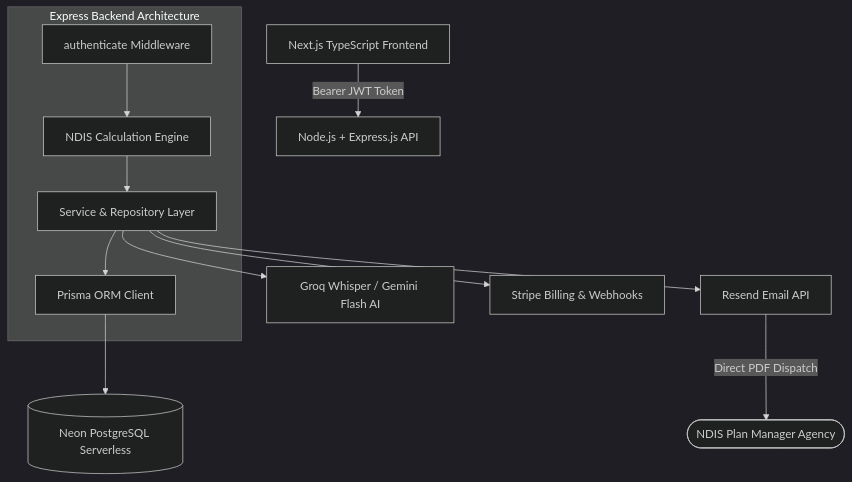
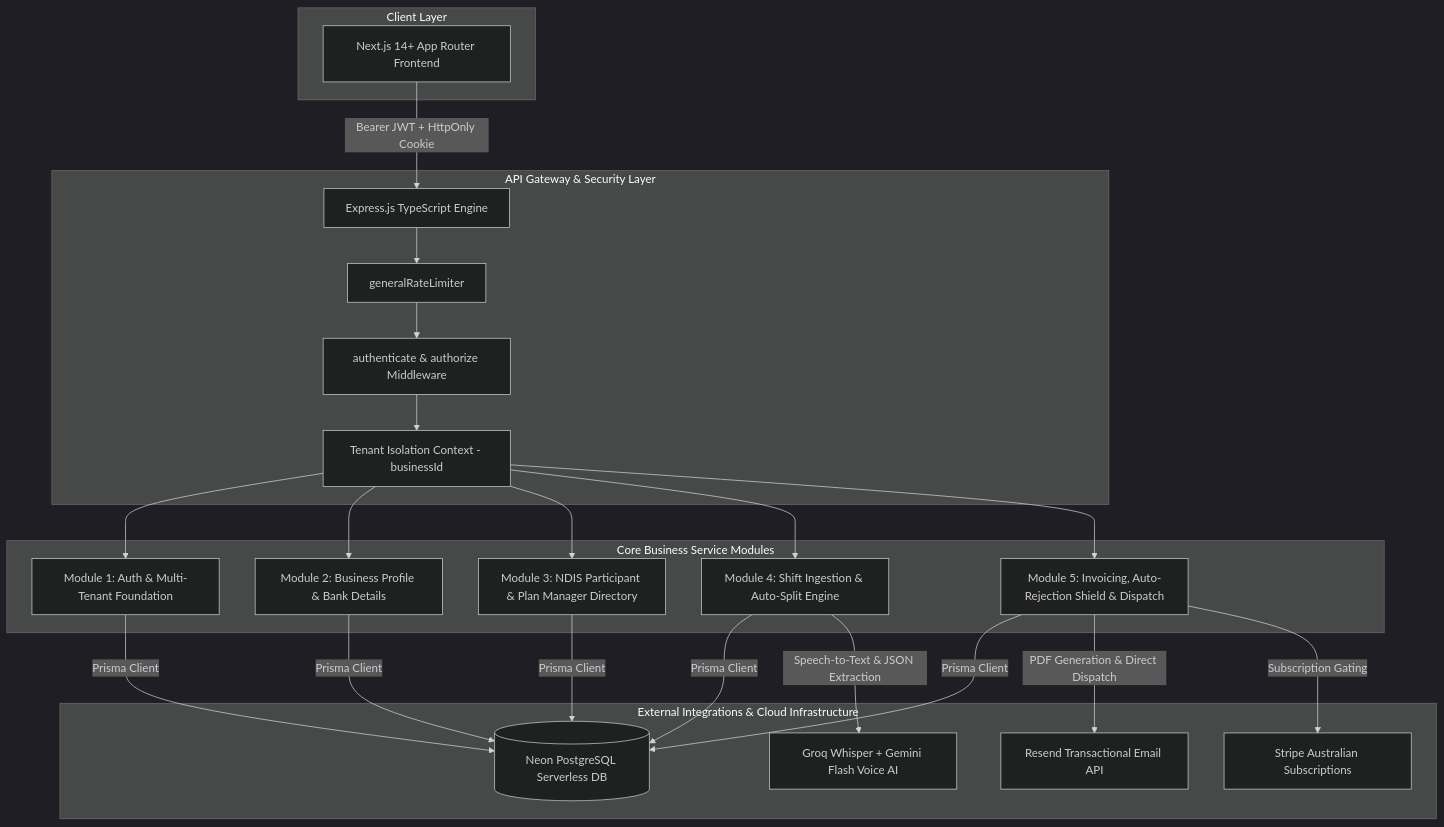
One commit to rayviceteam-art/Rayvice-backend changed the diagram in BACKEND_SPECIFICATION.md. Above: the diagram before and after it, drawn with Mermaid (dark theme). The commit also changed other lines of this file, not shown here.

Commit message:
docs(spec): expand backend specification with comprehensive module blueprints

````diff
--- a/BACKEND_SPECIFICATION.md
+++ b/BACKEND_SPECIFICATION.md
@@ -18,17 +15,39 @@
 ```mermaid
 graph TD
-    ClientApp[Next.js TypeScript Frontend] -->|Bearer JWT Token| ExpressAPI[Node.js + Express.js API]
-    
-    subgraph "Express Backend Architecture"
-        AuthMW[authenticate Middleware] --> RateEngine[NDIS Calculation Engine]
-        RateEngine --> ServiceLayer[Service & Repository Layer]
-        ServiceLayer --> PrismaClient[Prisma ORM Client]
+    subgraph "Client Layer"
+        NextApp[Next.js 14+ App Router Frontend]
     end
 
-    PrismaClient --> NeonDB[(Neon PostgreSQL Serverless)]
-    ServiceLayer --> ResendAPI[Resend Email API]
-    ServiceLayer --> GroqGemini[Groq Whisper / Gemini Flash AI]
-    ServiceLayer --> StripeAPI[Stripe Billing & Webhooks]
-    
-    ResendAPI -->|Direct PDF Dispatch| PlanManager([NDIS Plan Manager Agency])
+    subgraph "API Gateway & Security Layer"
+        ExpressApp[Express.js TypeScript Engine]
+        AuthGuard[authenticate & authorize Middleware]
+        TenantGuard[Tenant Isolation Context - businessId]
+        RateLimiter[generalRateLimiter]
+    end
+
+    subgraph "Core Business Service Modules"
+        Module1[Module 1: Auth & Multi-Tenant Foundation]
+        Module2[Module 2: Business Profile & Bank Details]
+        Module3[Module 3: NDIS Participant & Plan Manager Directory]
+        Module4[Module 4: Shift Ingestion & Auto-Split Engine]
+        Module5[Module 5: Invoicing, Auto-Rejection Shield & Dispatch]
+    end
+
+    subgraph "External Integrations & Cloud Infrastructure"
+        NeonDB[(Neon PostgreSQL Serverless DB)]
+        ResendAPI[Resend Transactional Email API]
+        GroqGemini[Groq Whisper + Gemini Flash Voice AI]
+        StripeBilling[Stripe Australian Subscriptions]
+    end
+
+    NextApp -->|Bearer JWT + HttpOnly Cookie| ExpressApp
+    ExpressApp --> RateLimiter
+    RateLimiter --> AuthGuard
+    AuthGuard --> TenantGuard
+    TenantGuard --> Module1 & Module2 & Module3 & Module4 & Module5
+
+    Module1 & Module2 & Module3 & Module4 & Module5 -->|Prisma Client| NeonDB
+    Module4 -->|Speech-to-Text & JSON Extraction| GroqGemini
+    Module5 -->|PDF Generation & Direct Dispatch| ResendAPI
+    Module5 -->|Subscription Gating| StripeBilling
 ```
````
